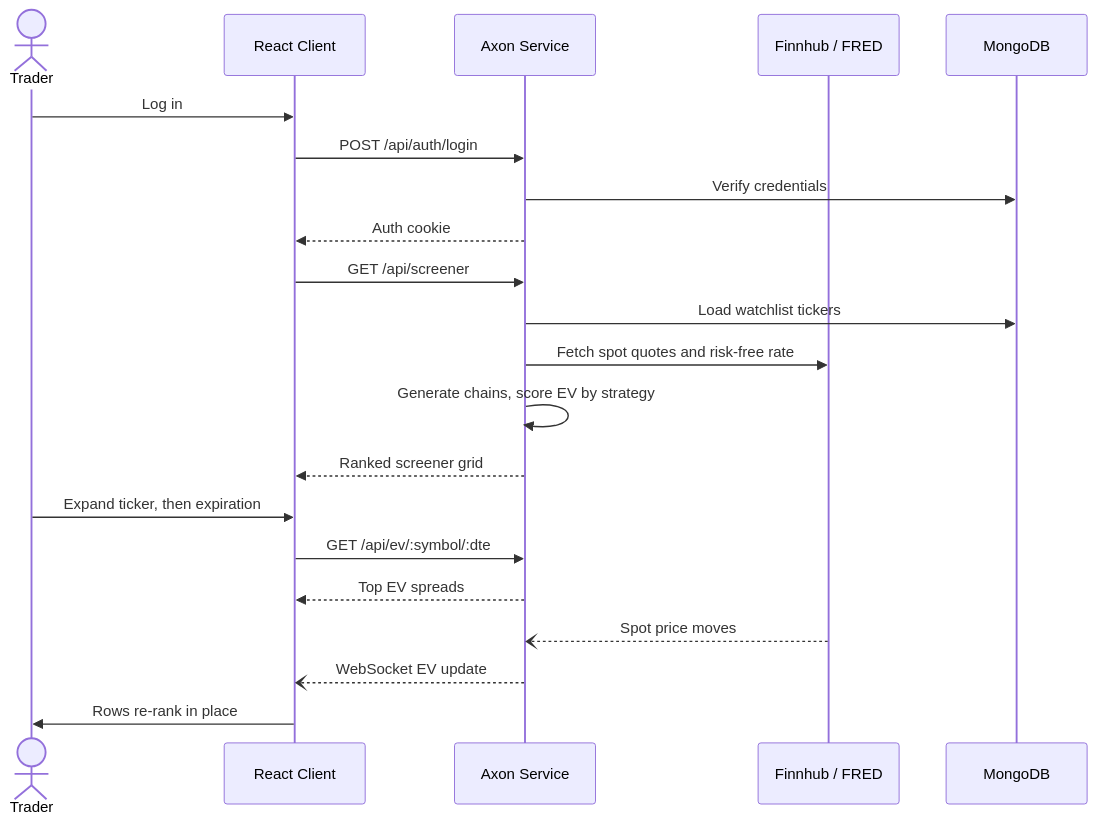
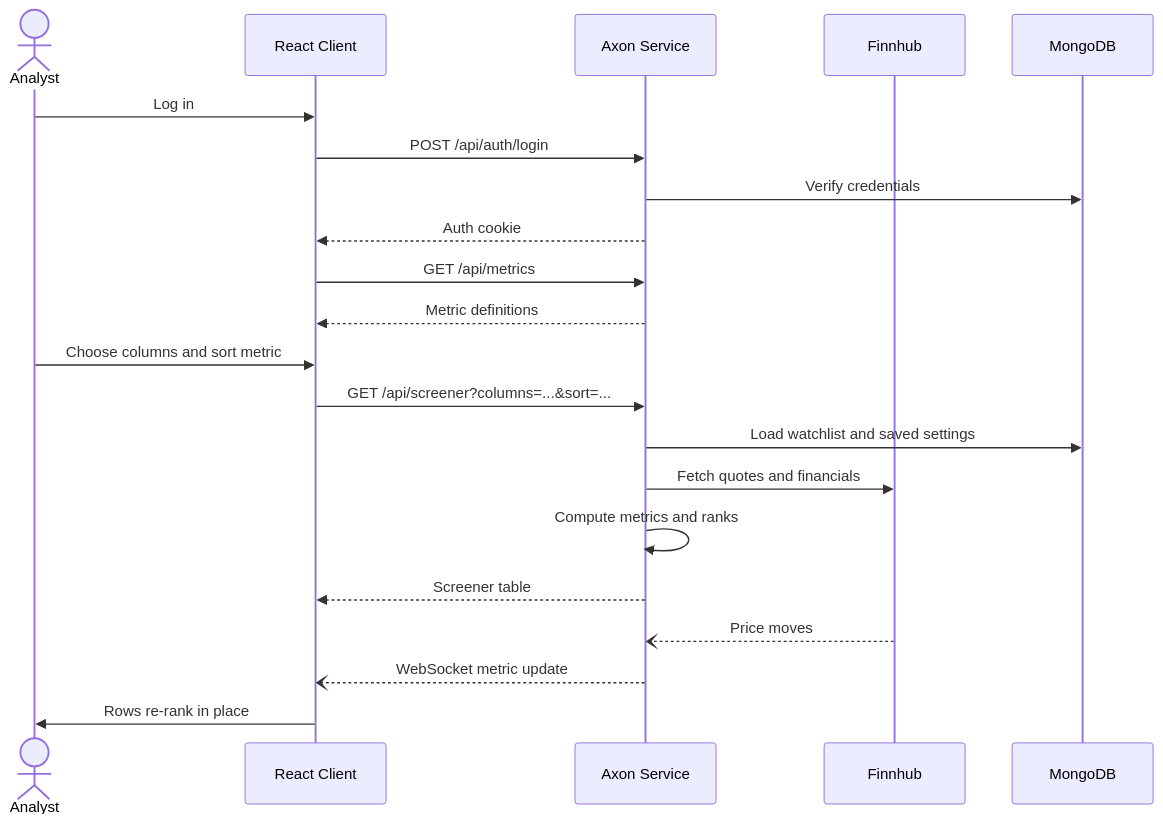
The diagram in README.md (isaac-downs-3/startup), drawn with Mermaid before and after one commit. The commit also changed other lines of this file, not shown here.

Commit message:
Update spec for the metric screener and Metrics page

````diff
--- a/README.md
+++ b/README.md
@@ -29,24 +33,24 @@
 ```mermaid
 sequenceDiagram
-    actor Trader
+    actor Analyst
     participant Client as React Client
     participant Service as Axon Service
-    participant Market as Finnhub / FRED
+    participant Market as Finnhub
     participant DB as MongoDB
 
-    Trader->>Client: Log in
+    Analyst->>Client: Log in
     Client->>Service: POST /api/auth/login
     Service->>DB: Verify credentials
     Service-->>Client: Auth cookie
-    Client->>Service: GET /api/screener
-    Service->>DB: Load watchlist tickers
-    Service->>Market: Fetch spot quotes and risk-free rate
-    Service->>Service: Generate chains, score EV by strategy
-    Service-->>Client: Ranked screener grid
-    Trader->>Client: Expand ticker, then expiration
-    Client->>Service: GET /api/ev/:symbol/:dte
-    Service-->>Client: Top EV spreads
-    Market--)Service: Spot price moves
-    Service--)Client: WebSocket EV update
-    Client->>Trader: Rows re-rank in place
+    Client->>Service: GET /api/metrics
+    Service-->>Client: Metric definitions
+    Analyst->>Client: Choose columns and sort metric
+    Client->>Service: GET /api/screener?columns=...&sort=...
+    Service->>DB: Load watchlist and saved settings
+    Service->>Market: Fetch quotes and financials
+    Service->>Service: Compute metrics and ranks
+    Service-->>Client: Screener table
+    Market--)Service: Price moves
+    Service--)Client: WebSocket metric update
+    Client->>Analyst: Rows re-rank in place
 ```
````
